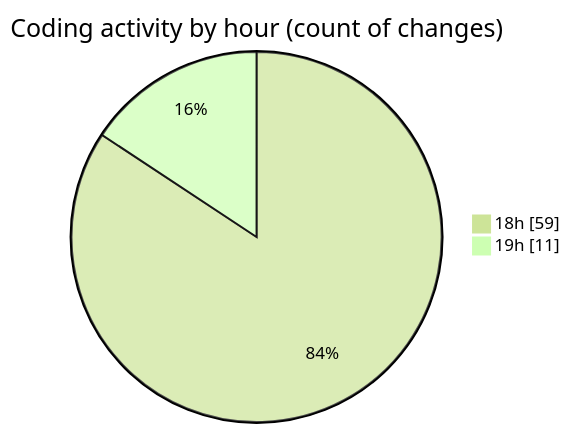
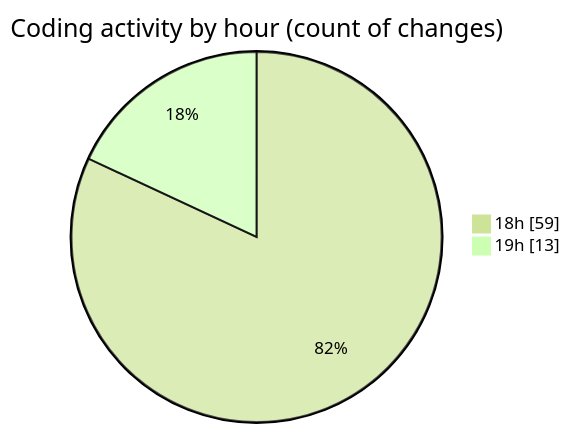
The second of 2 diagrams in 2025-04-02/back-end/README.md (Netris89/code-tracking), drawn with Mermaid (forest theme) before and after one commit. The commit also changed other lines of this file and 1 other file, not shown here.

````diff
--- a/2025-04-02/back-end/README.md
+++ b/2025-04-02/back-end/README.md
@@ -29,6 +29,6 @@
 ```mermaid
 pie showData
 title Coding activity by hour (count of changes)
 "18h" : 59
-"19h" : 11
+"19h" : 13
 ```
````
